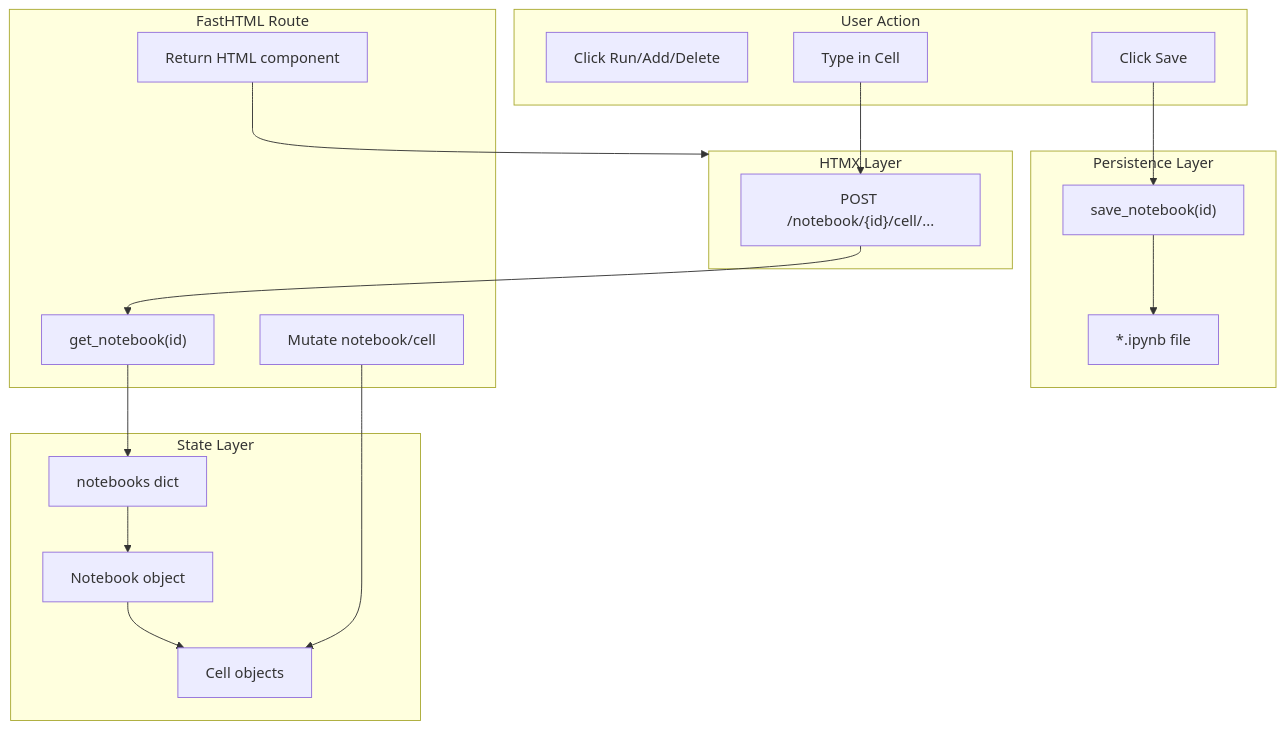
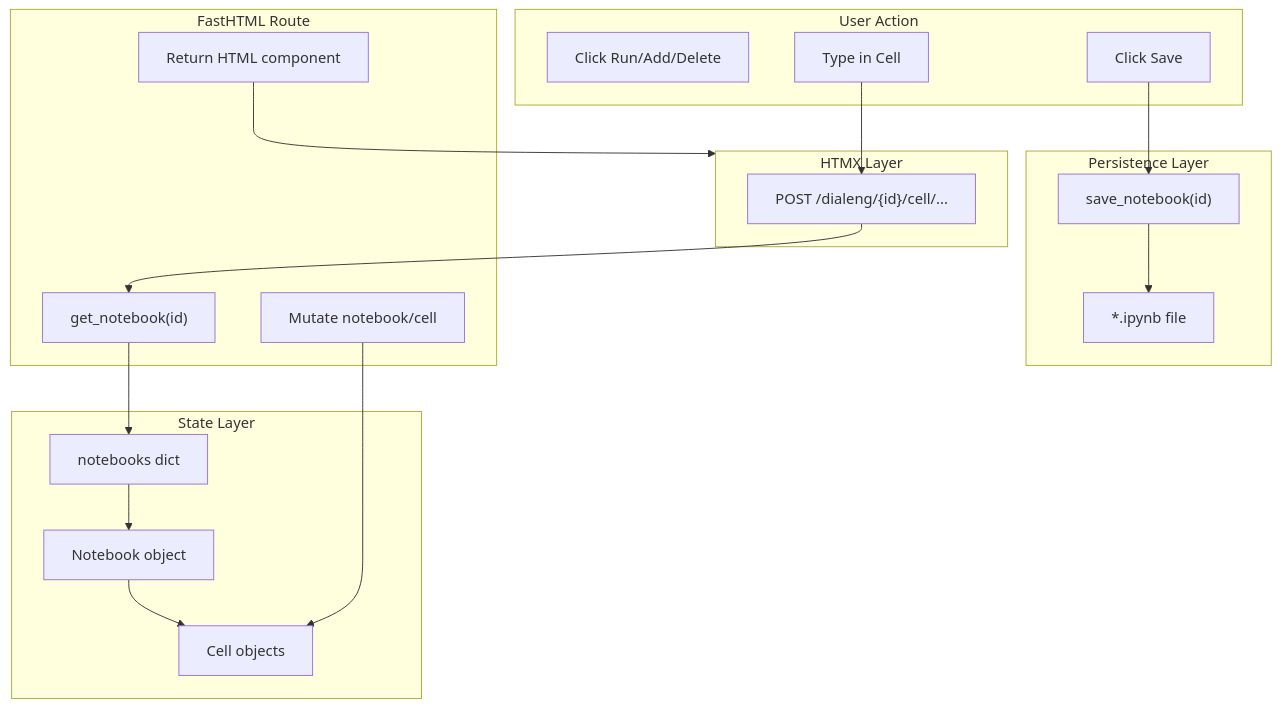
One commit to sgaseretto/solveish changed the second of 6 diagrams in docs/how_it_works/01_state_management.md. Above: the diagram before and after it, drawn with Mermaid. The commit also changed other lines of this file and 24 other files, not shown here.

````diff
--- a/docs/how_it_works/01_state_management.md
+++ b/docs/how_it_works/01_state_management.md
@@ -56,41 +56,41 @@
 ```mermaid
 flowchart TB
     subgraph UserAction["User Action"]
         click["Click Run/Add/Delete"]
         type["Type in Cell"]
         save["Click Save"]
     end
 
     subgraph HTMX["HTMX Layer"]
-        post["POST /notebook/{id}/cell/..."]
+        post["POST /dialeng/{id}/cell/..."]
     end
 
     subgraph Route["FastHTML Route"]
         getNb["get_notebook(id)"]
         mutate["Mutate notebook/cell"]
         render["Return HTML component"]
     end
 
     subgraph State["State Layer"]
         dict["notebooks dict"]
         nb["Notebook object"]
         cells["Cell objects"]
     end
 
     subgraph Persistence["Persistence Layer"]
         saveNb["save_notebook(id)"]
         ipynb["*.ipynb file"]
     end
 
     click --> post
     type --> post
     post --> getNb
     getNb --> dict
     dict --> nb
     nb --> cells
     mutate --> cells
     render --> HTMX
 
     save --> saveNb
     saveNb --> ipynb
 ```
````
